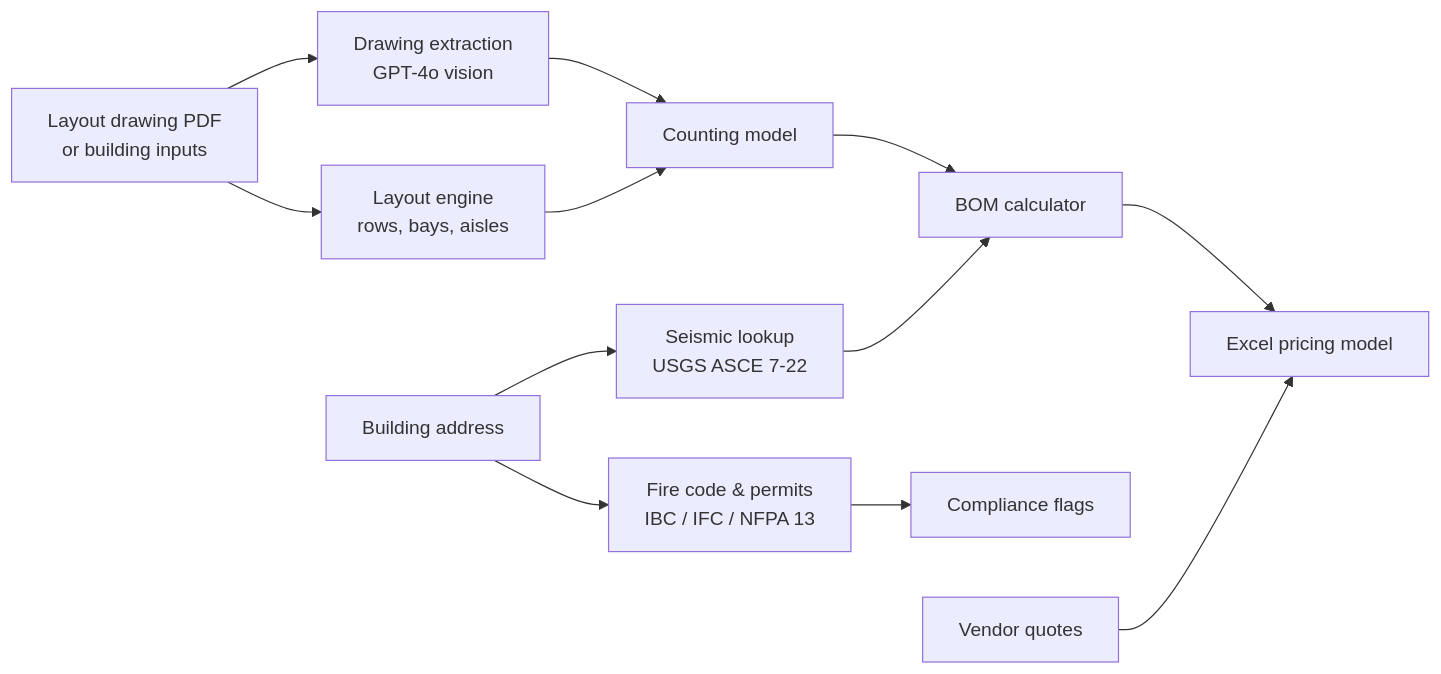
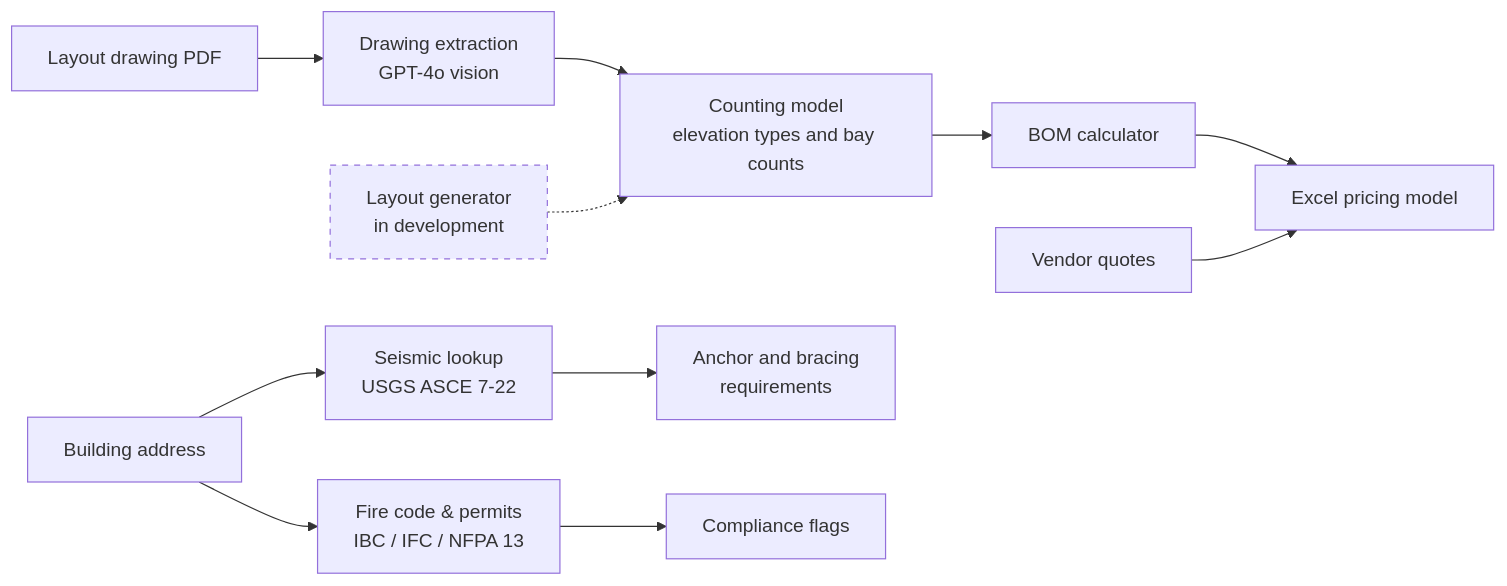
Before and after one commit to elliswerner4/racking-design-engine-showcase: the diagram in README.md, drawn with Mermaid. The commit also changed other lines of this file, not shown here.

````diff
--- a/README.md
+++ b/README.md
@@ -13,14 +13,14 @@
 ```mermaid
 flowchart LR
-    A[Layout drawing PDF<br/>or building inputs] --> B[Drawing extraction<br/>GPT-4o vision]
-    A --> C[Layout engine<br/>rows, bays, aisles]
-    B --> D[Counting model]
-    C --> D
+    A[Layout drawing PDF] --> B[Drawing extraction<br/>GPT-4o vision]
+    B --> D[Counting model<br/>elevation types and bay counts]
     D --> E[BOM calculator]
+    E --> I[Excel pricing model]
+    K[Vendor quotes] --> I
     F[Building address] --> G[Seismic lookup<br/>USGS ASCE 7-22]
     F --> H[Fire code & permits<br/>IBC / IFC / NFPA 13]
-    G --> E
-    E --> I[Excel pricing model]
+    G --> X[Anchor and bracing<br/>requirements]
     H --> J[Compliance flags]
-    K[Vendor quotes] --> I
+    C[Layout generator<br/>in development]:::dev -.-> D
+    classDef dev stroke-dasharray: 5 5
 ```
````
